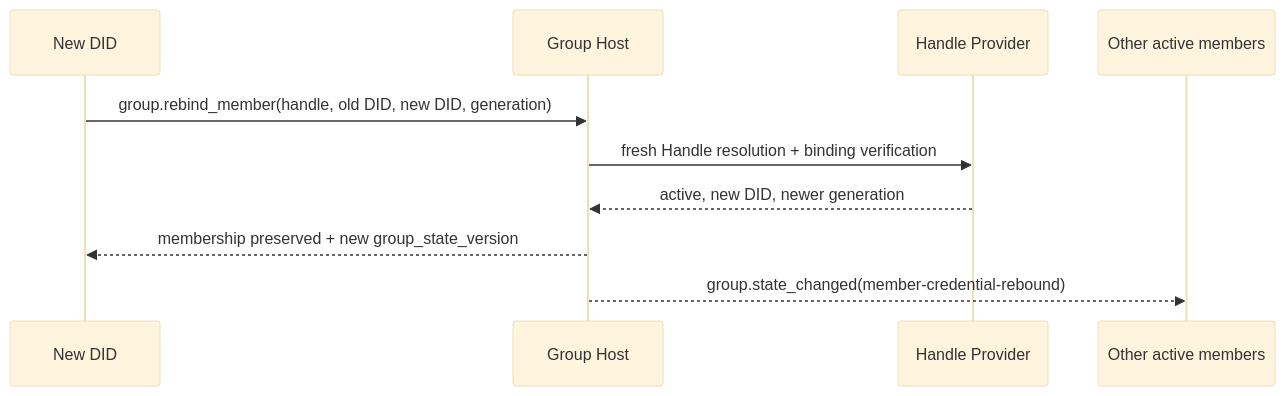
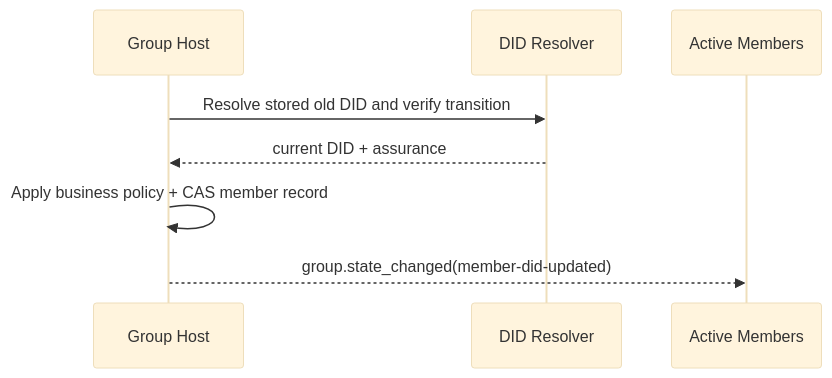
Before and after one commit to NeatNerdPrime/AgentNetworkProtocol: the sixth of 6 diagrams in message/vnext/04-group-messaging-base-semantics.md, drawn with Mermaid (base theme). The commit also changed other lines of this file and 19 other files, not shown here.

Commit message:
update messaging vnext DID transition semantics

````diff
--- a/message/vnext/04-group-messaging-base-semantics.md
+++ b/message/vnext/04-group-messaging-base-semantics.md
@@ -1134,13 +1016,11 @@
 ```mermaid
 sequenceDiagram
-    participant N as New DID
     participant H as Group Host
-    participant W as Handle Provider
-    participant M as Other active members
+    participant D as DID Resolver
+    participant M as Active Members
 
-    N->>H: group.rebind_member(handle, old DID, new DID, generation)
-    H->>W: fresh Handle resolution + binding verification
-    W-->>H: active, new DID, newer generation
-    H-->>N: membership preserved + new group_state_version
-    H-->>M: group.state_changed(member-credential-rebound)
+    H->>D: Resolve stored old DID and verify transition
+    D-->>H: current DID + assurance
+    H->>H: Apply business policy + CAS member record
+    H-->>M: group.state_changed(member-did-updated)
 ```
````
